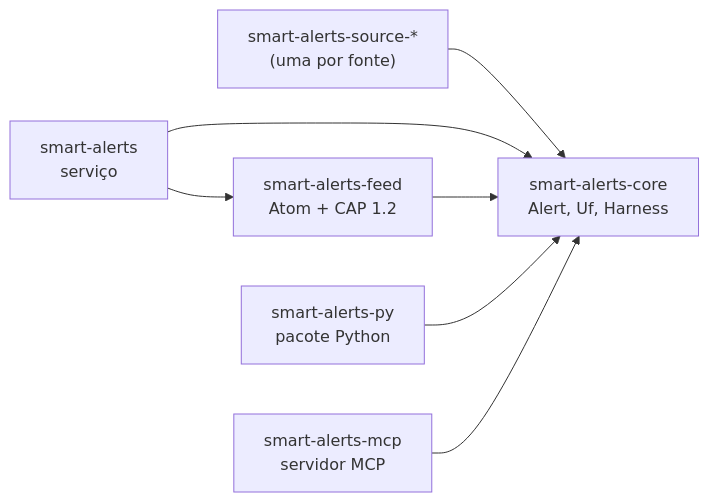
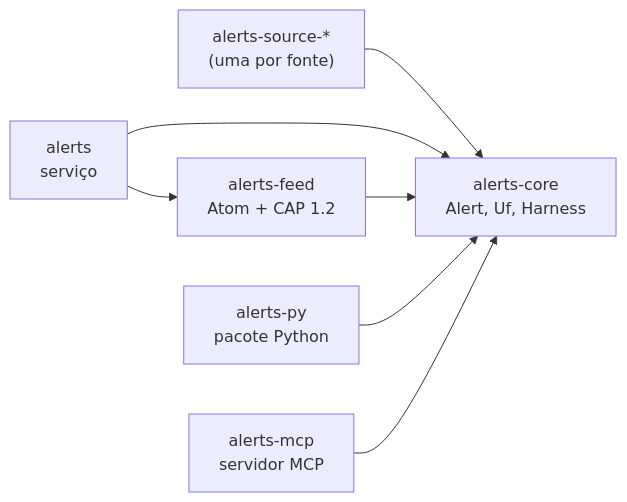
One commit to piabrota/alerts changed the diagram in README.pt-BR.md. Above: the diagram before and after it, drawn with Mermaid. The commit also changed other lines of this file and 83 other files, not shown here.

````diff
--- a/README.pt-BR.md
+++ b/README.pt-BR.md
@@ -112,10 +111,10 @@
 ```mermaid
 %% figure: crates
 %% title: Quais crates existem e quem depende de quem?
 flowchart LR
-    S["smart-alerts-source-*<br/>(uma por fonte)"] --> C["smart-alerts-core<br/>Alert, Uf, Harness"]
-    D["smart-alerts<br/>serviço"] --> C
-    D --> F["smart-alerts-feed<br/>Atom + CAP 1.2"] --> C
-    P["smart-alerts-py<br/>pacote Python"] --> C
-    M["smart-alerts-mcp<br/>servidor MCP"] --> C
+    S["alerts-source-*<br/>(uma por fonte)"] --> C["alerts-core<br/>Alert, Uf, Harness"]
+    D["alerts<br/>serviço"] --> C
+    D --> F["alerts-feed<br/>Atom + CAP 1.2"] --> C
+    P["alerts-py<br/>pacote Python"] --> C
+    M["alerts-mcp<br/>servidor MCP"] --> C
 ```
````
